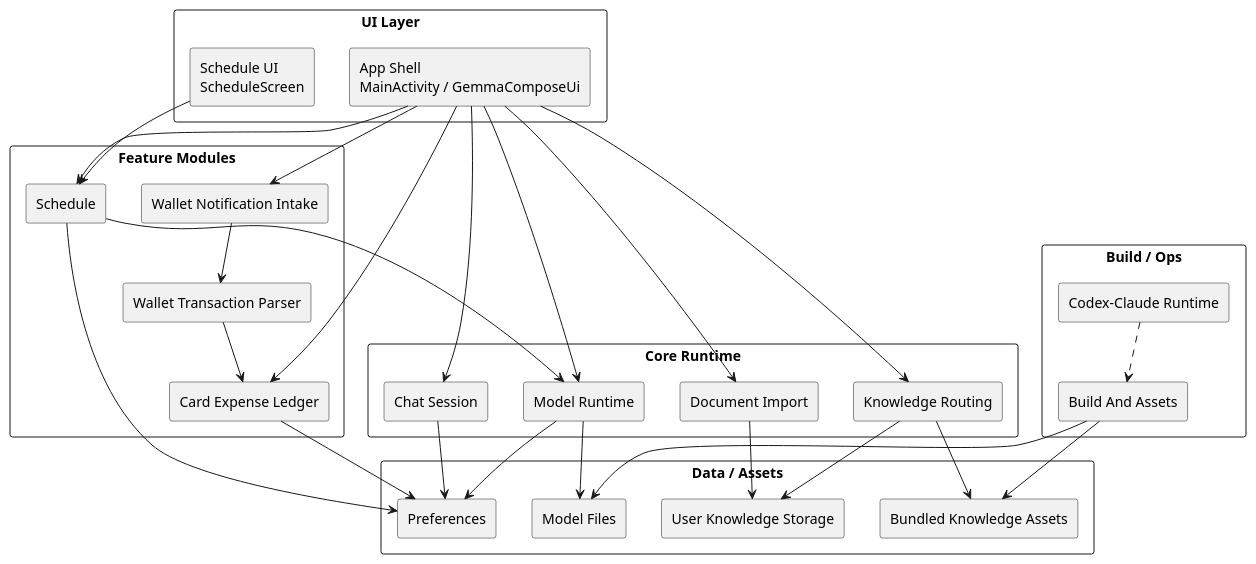
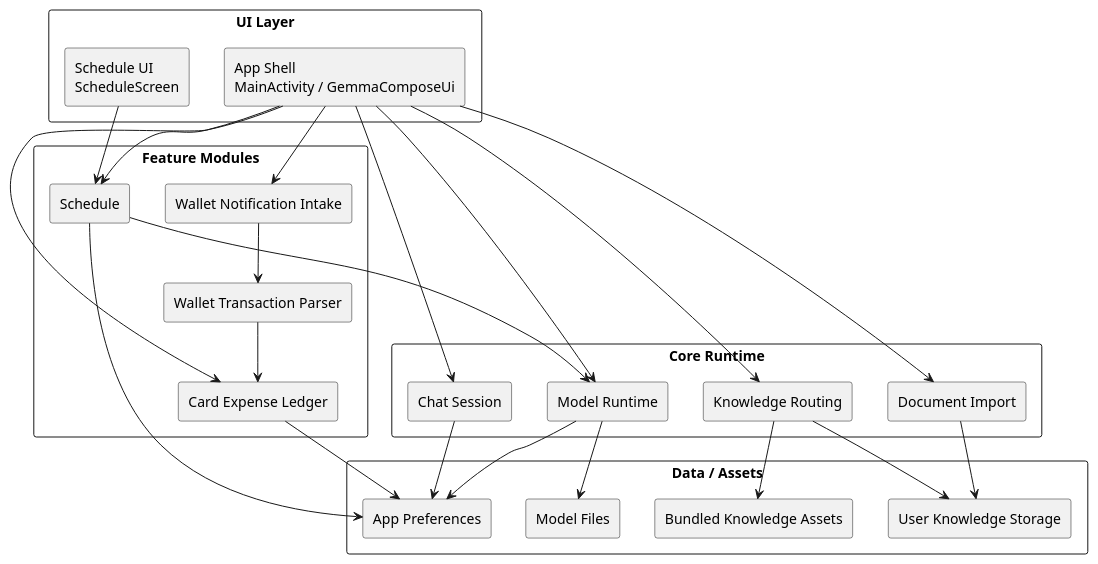
Before and after one commit to seungguJ/gemma4_ondevice_test: the diagram in docs/diagrams/module-view.puml, drawn with PlantUML. The commit also changed 2 other files, not shown here.

Commit message:
Simplify module view diagram

```diff
--- a/docs/diagrams/module-view.puml
+++ b/docs/diagrams/module-view.puml
@@ -1,63 +1,54 @@
 @startuml
 skinparam componentStyle rectangle
 skinparam packageStyle rectangle
 skinparam shadowing false
 
 package "UI Layer" {
   [App Shell\nMainActivity / GemmaComposeUi]
   [Schedule UI\nScheduleScreen]
 }
 
 package "Core Runtime" {
   [Chat Session]
   [Model Runtime]
   [Knowledge Routing]
   [Document Import]
 }
 
 package "Feature Modules" {
   [Schedule]
   [Wallet Notification Intake]
   [Wallet Transaction Parser]
   [Card Expense Ledger]
 }
 
 package "Data / Assets" {
   [Bundled Knowledge Assets]
   [User Knowledge Storage]
-  [Preferences]
+  [App Preferences]
   [Model Files]
-}
-
-package "Build / Ops" {
-  [Build And Assets]
-  [Codex-Claude Runtime]
 }
 
 [App Shell\nMainActivity / GemmaComposeUi] --> [Chat Session]
 [App Shell\nMainActivity / GemmaComposeUi] --> [Model Runtime]
 [App Shell\nMainActivity / GemmaComposeUi] --> [Knowledge Routing]
 [App Shell\nMainActivity / GemmaComposeUi] --> [Document Import]
 [App Shell\nMainActivity / GemmaComposeUi] --> [Schedule]
 [App Shell\nMainActivity / GemmaComposeUi] --> [Card Expense Ledger]
 
 [Schedule UI\nScheduleScreen] --> [Schedule]
 [Schedule] --> [Model Runtime]
 
 [Knowledge Routing] --> [Bundled Knowledge Assets]
 [Knowledge Routing] --> [User Knowledge Storage]
 [Document Import] --> [User Knowledge Storage]
-[Chat Session] --> [Preferences]
+[Chat Session] --> [App Preferences]
 [Model Runtime] --> [Model Files]
-[Model Runtime] --> [Preferences]
-[Schedule] --> [Preferences]
+[Model Runtime] --> [App Preferences]
+[Schedule] --> [App Preferences]
 
 [Wallet Notification Intake] --> [Wallet Transaction Parser]
 [Wallet Transaction Parser] --> [Card Expense Ledger]
-[Card Expense Ledger] --> [Preferences]
+[Card Expense Ledger] --> [App Preferences]
 [App Shell\nMainActivity / GemmaComposeUi] --> [Wallet Notification Intake]
-
-[Build And Assets] --> [Bundled Knowledge Assets]
-[Build And Assets] --> [Model Files]
-[Codex-Claude Runtime] ..> [Build And Assets]
 @enduml
```
